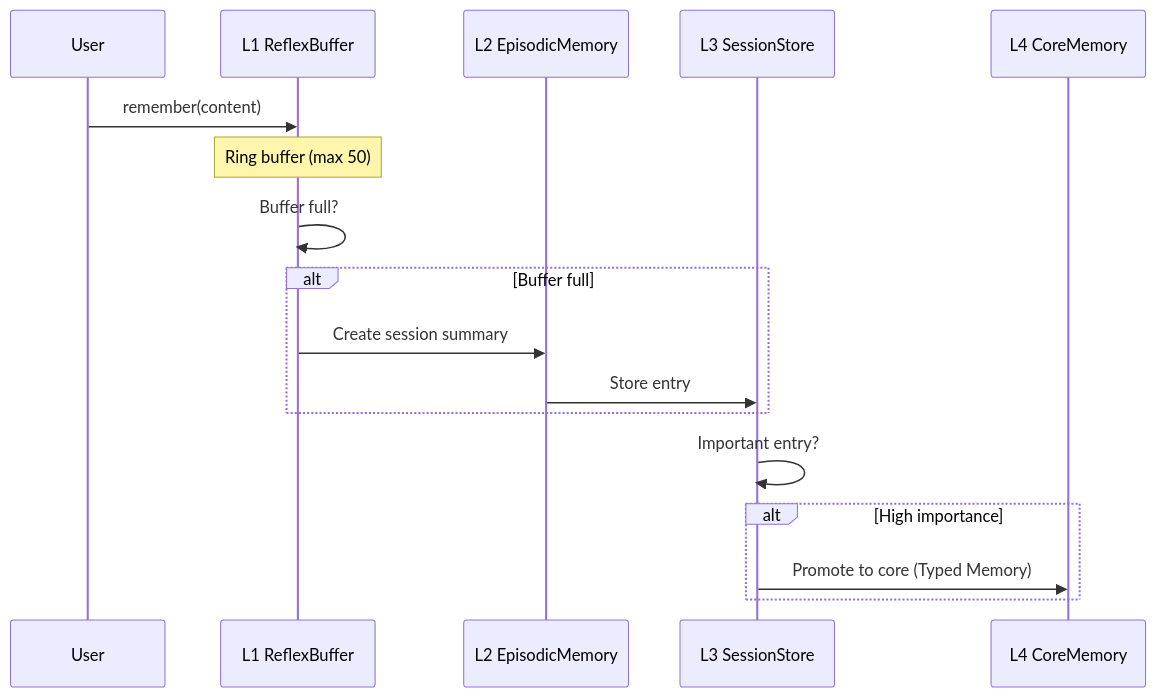
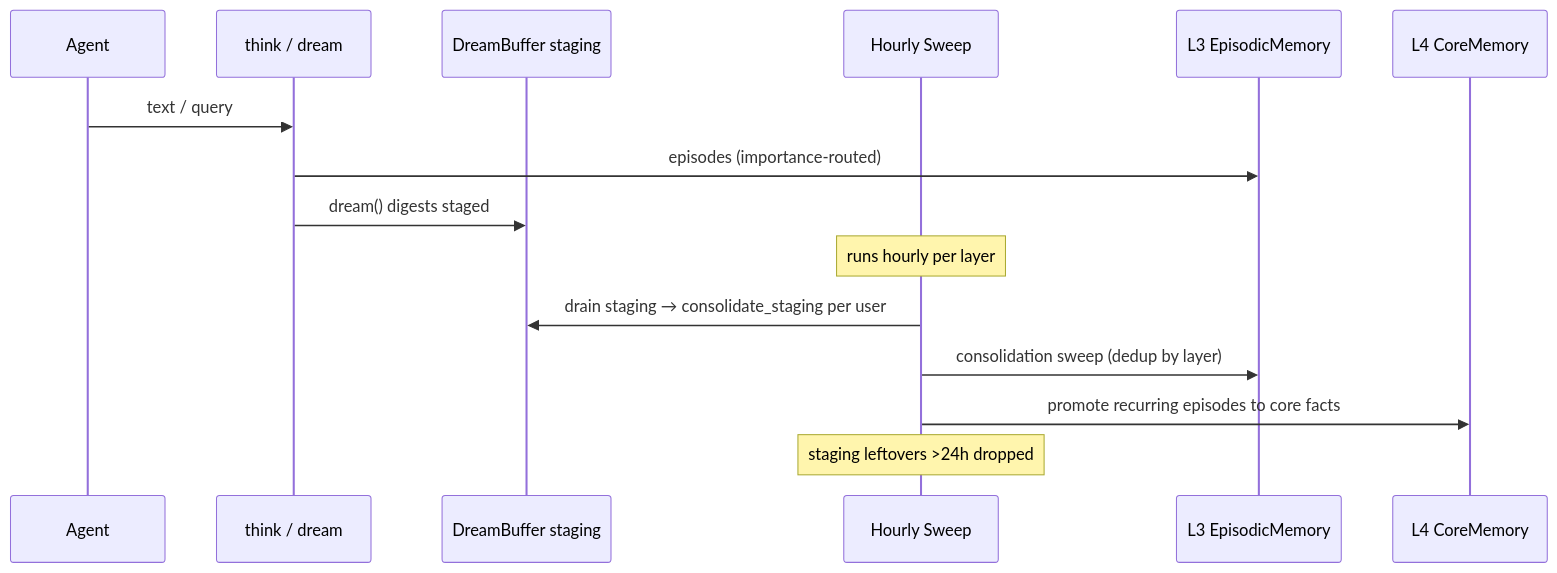
Before and after one commit to Cipher208/a-memory: the second of 6 diagrams in docs/architecture/diagrams.md, drawn with Mermaid. The commit also changed other lines of this file and 7 other files, not shown here.

````diff
--- a/docs/architecture/diagrams.md
+++ b/docs/architecture/diagrams.md
@@ -28,22 +28,18 @@
 ```mermaid
 sequenceDiagram
-    participant User
-    participant L1 as L1 ReflexBuffer
-    participant L2 as L2 EpisodicMemory
-    participant L3 as L3 SessionStore
+    participant Agent
+    participant T as think / dream
+    participant ST as DreamBuffer staging
+    participant SW as Hourly Sweep
+    participant L3 as L3 EpisodicMemory
     participant L4 as L4 CoreMemory
 
-    User->>L1: remember(content)
-    Note over L1: Ring buffer (max 50)
-
-    L1->>L1: Buffer full?
-    alt Buffer full
-        L1->>L2: Create session summary
-        L2->>L3: Store entry
-    end
-
-    L3->>L3: Important entry?
-    alt High importance
-        L3->>L4: Promote to core (Typed Memory)
-    end
+    Agent->>T: text / query
+    T->>L3: episodes (importance-routed)
+    T->>ST: dream() digests staged
+    Note over SW: runs hourly per layer
+    SW->>ST: drain staging → consolidate_staging per user
+    SW->>L3: consolidation sweep (dedup by layer)
+    SW->>L4: promote recurring episodes to core facts
+    Note over SW: staging leftovers >24h dropped
 ```
````
